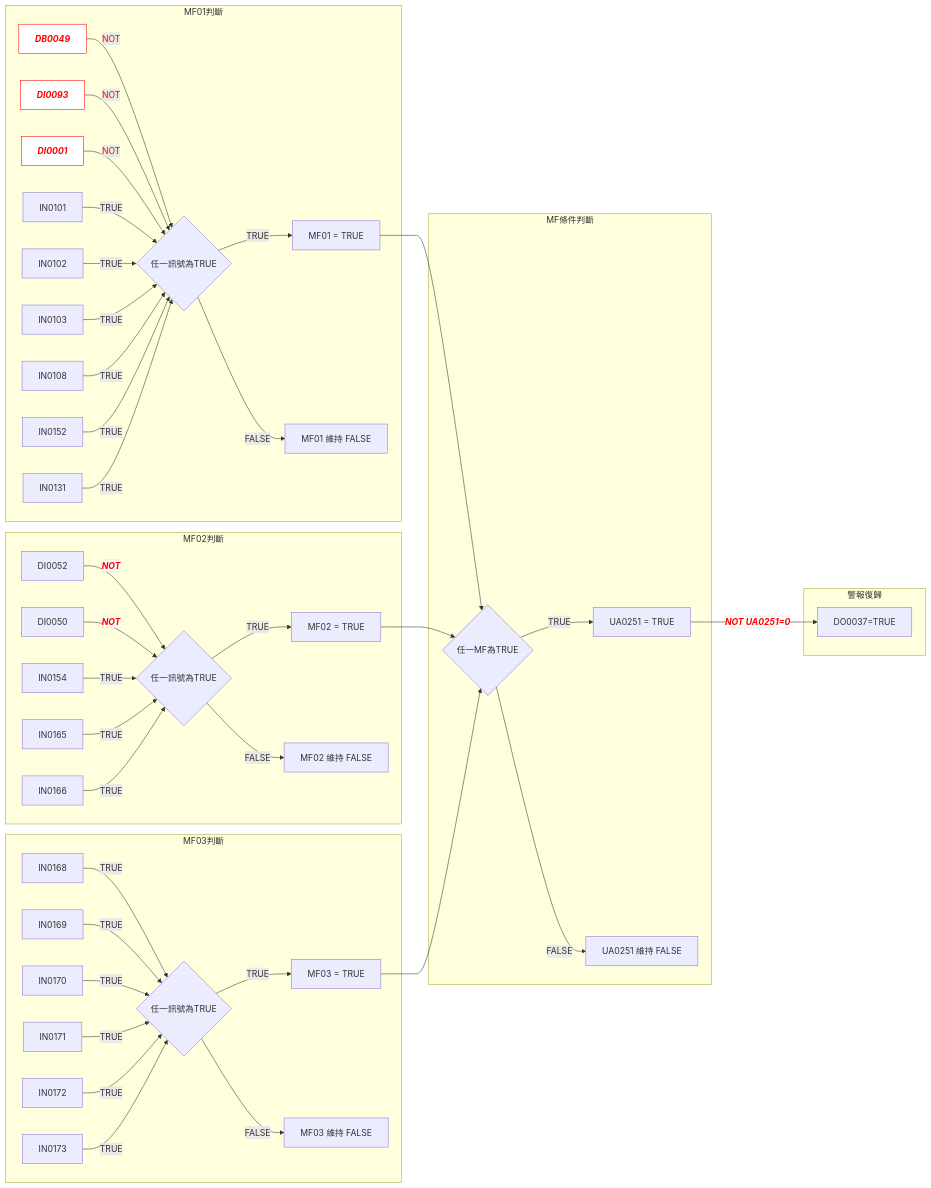
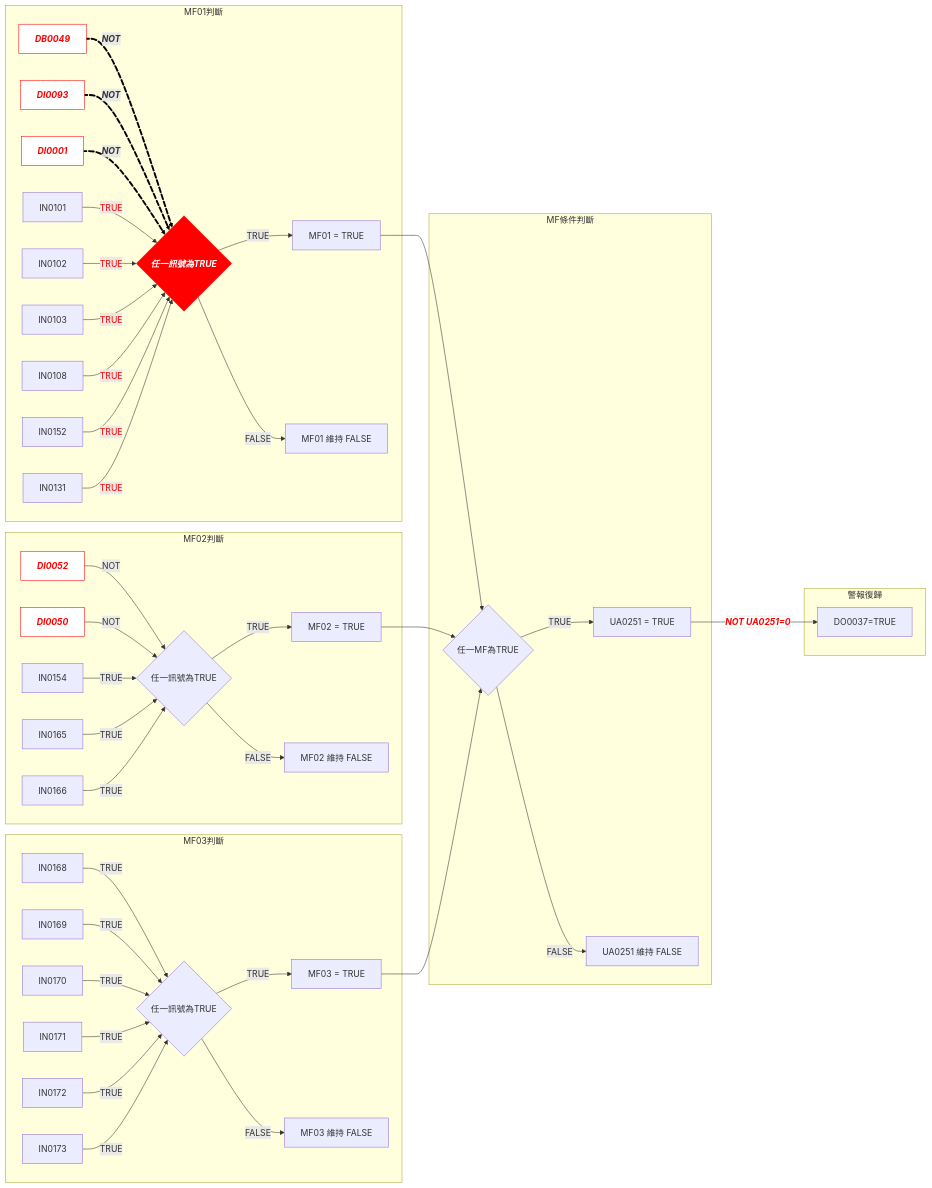
Before and after one commit to HachiTsai/DCS-learning: the first of 2 diagrams in docs/DCS/Hitachi/Control-logic-mermaid.md, drawn with Mermaid. The commit also changed 25 other files, not shown here.

Commit message:
fixed a lot of mermaid conflicts

````diff
--- a/docs/DCS/Hitachi/Control-logic-mermaid.md
+++ b/docs/DCS/Hitachi/Control-logic-mermaid.md
@@ -5,52 +5,63 @@
 ```mermaid
 flowchart LR
     subgraph MF01判斷
-        A1[DB0049] -->|NOT| C1{任一訊號為TRUE}
-        B1[DI0093] -->|NOT| C1
-        D1[DI0001] -->|NOT| C1
+        A1[DB0049]  z1@==>|"NOT"| C1{任一訊號為TRUE}
+         z1@{ animate: true}
+        B1[DI0093] z2@==>|"NOT"| C1
+         z2@{ animate: true}
+        D1[DI0001] z3@==>|"NOT"| C1
+         z3@{ animate: true}
+         linkStyle 0,1,2 stroke:black,font-style:italic, font-weight:bold 
         G1[IN0101] -->|TRUE| C1
         H1[IN0102] -->|TRUE| C1
         I1[IN0103] -->|TRUE| C1
         L1[IN0108] -->|TRUE| C1
         J1[IN0152] -->|TRUE| C1
         K1[IN0131] -->|TRUE| C1
-        C1{任一訊號為TRUE} -->|TRUE| E1[MF01 = TRUE]
+         linkStyle 3,4,5,6,7,8 color:red
+        C1 -->|TRUE| E1[MF01 = TRUE]
         C1 -->|FALSE| F1[MF01 維持 FALSE]
-        linkStyle 0,1,2 color:red;
-        classDef redBold fill:#fff,stroke:#f00,color:#f00,font-weight:bold,font-style:italic
-        class A1,B1,D1 redBold
+         classDef redBold fill:#fff,stroke:#f00,color:#f00,font-weight:bold,font-style:italic
+         class A1,B1,D1 redBold
+         classDef whiteBold fill:#f00,stroke:#f00,color:#fff,font-weight:bold,font-style:italic
+         class C1 whiteBold
     end
 
     subgraph MF02判斷
-        A2[DI0052] -->|"<font color='red' style='background-color:white;font-style:italic; font-weight:bold'>NOT</font>"| C2
-        B2[DI0050] -->|"<font color='red' style='background-color:white;font-style:italic; font-weight:bold'>NOT</font>"| C2
+        A2[DI0052] -->|NOT| C2
+         classDef my-red-link color:red,font-weight:bold  
+         linkStyle 9 CLASS my-red-link  
+        B2[DI0050] -->|NOT| C2
         G2[IN0154] -->|TRUE| C2
         H2[IN0165] -->|TRUE| C2
         I2[IN0166] -->|TRUE| C2
         C2{任一訊號為TRUE} -->|TRUE| E2[MF02 = TRUE]
         C2 -->|FALSE| F2[MF02 維持 FALSE]
+     
+        classDef redBold fill:#fff,stroke:#f00,color:#f00,font-weight:bold,font-style:italic
+        class A2,B2 redBold
     end
 
     subgraph MF03判斷
         A3[IN0168] -->|TRUE| C3
         B3[IN0169] -->|TRUE| C3
         D3[IN0170] -->|TRUE| C3
         G3[IN0171] -->|TRUE| C3
         H3[IN0172] -->|TRUE| C3
         I3[IN0173] -->|TRUE| C3
         C3{任一訊號為TRUE} -->|TRUE| E3[MF03 = TRUE]
         C3 -->|FALSE| F3[MF03 維持 FALSE]
     end
 
     subgraph MF條件判斷
         E1 --> C4{任一MF為TRUE}
         E2 --> C4
         E3 --> C4
         C4 -->|TRUE| K4[UA0251 = TRUE]
         C4 -->|FALSE| K5[UA0251 維持 FALSE]
     end
 
     subgraph 警報復歸
         K4 -->|"<font color='red' style='background-color:white;font-style:italic; font-weight:bold'>NOT UA0251=0</font>"| B4[DO0037=TRUE]
     end
 ```
````
